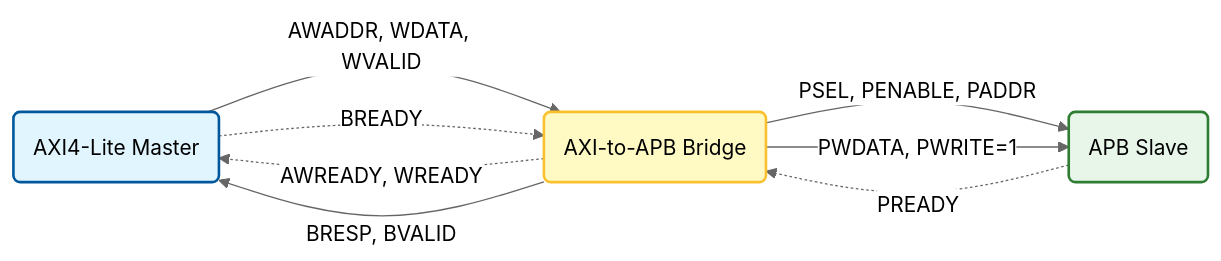
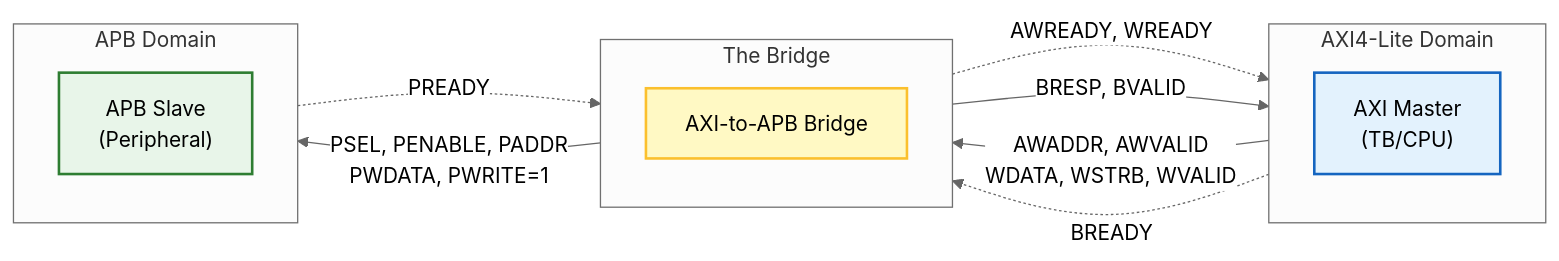
One commit to noammalca1/AXI4-Lite-to-APB-Bridge-with-Asynchronous-CDC changed the third of 3 diagrams in README.md. Above: the diagram before and after it, drawn with Mermaid (neutral theme).

````diff
--- a/README.md
+++ b/README.md
@@ -104,24 +104,39 @@
 ```mermaid
 graph LR
+    %% Definitions and Styles
+    subgraph AXI_Side [AXI4-Lite Domain]
+        direction TB
+        AXI_M["AXI Master<br/>(TB/CPU)"]
+    end
+    
+    subgraph Bridge_Scope [The Bridge]
+        direction TB
+        DUT["AXI-to-APB Bridge"]
+    end
+
+    subgraph APB_Side [APB Domain]
+        direction TB
+        APB_S["APB Slave<br/>(Peripheral)"]
+    end
+
     %% Styles
-    classDef master fill:#e1f5fe,stroke:#01579b,stroke-width:2px;
+    classDef master fill:#e3f2fd,stroke:#1565c0,stroke-width:2px;
     classDef bridge fill:#fff9c4,stroke:#fbc02d,stroke-width:2px;
     classDef slave fill:#e8f5e9,stroke:#2e7d32,stroke-width:2px;
+    
+    class AXI_M master;
+    class DUT bridge;
+    class APB_S slave;
 
-    %% Nodes
-    AXI_M("AXI4-Lite Master"):::master
-    BRIDGE("AXI-to-APB Bridge"):::bridge
-    APB_S("APB Slave"):::slave
+    %% --- STEP 1: AXI Write Request ---
+    AXI_M -- "AWADDR, AWVALID<br/>WDATA, WSTRB, WVALID" --> DUT
+    DUT -. "AWREADY, WREADY" .-> AXI_M
 
-    %% -- Forward Path (Command) --
-    AXI_M -- "AWADDR, WDATA, WVALID" --> BRIDGE
-    BRIDGE -. "AWREADY, WREADY" .-> AXI_M
-    
-    BRIDGE -- "PSEL, PENABLE, PADDR" --> APB_S
-    BRIDGE -- "PWDATA, PWRITE=1" --> APB_S
+    %% --- STEP 2: APB Write Transaction ---
+    DUT -- "PSEL, PENABLE, PADDR<br/>PWDATA, PWRITE=1" --> APB_S
+    APB_S -. "PREADY" .-> DUT
 
-    %% -- Return Path (Response) --
-    APB_S -. "PREADY" .-> BRIDGE
-    BRIDGE -- "BRESP, BVALID" --> AXI_M
-    AXI_M -. "BREADY" .-> BRIDGE
+    %% --- STEP 3: AXI Write Response ---
+    DUT -- "BRESP, BVALID" --> AXI_M
+    AXI_M -. "BREADY" .-> DUT
 ```
````
